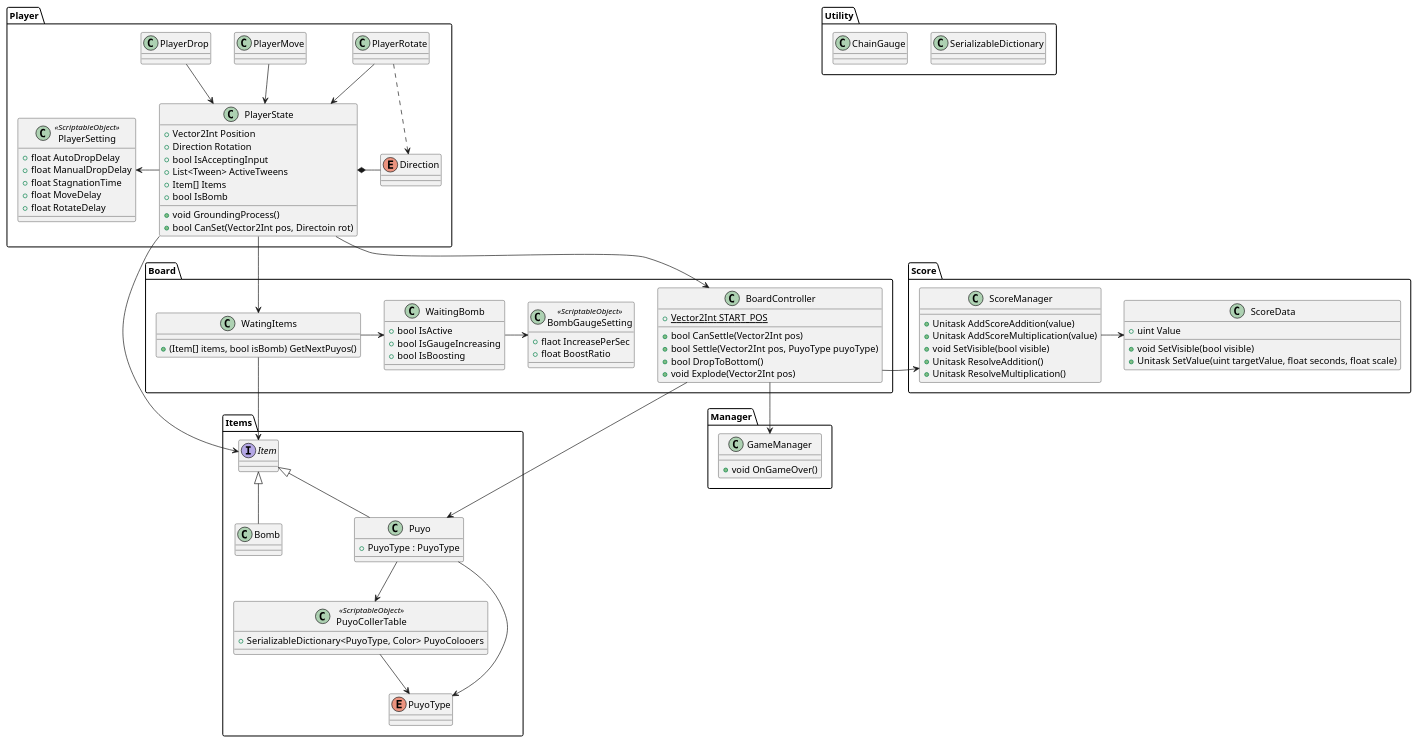
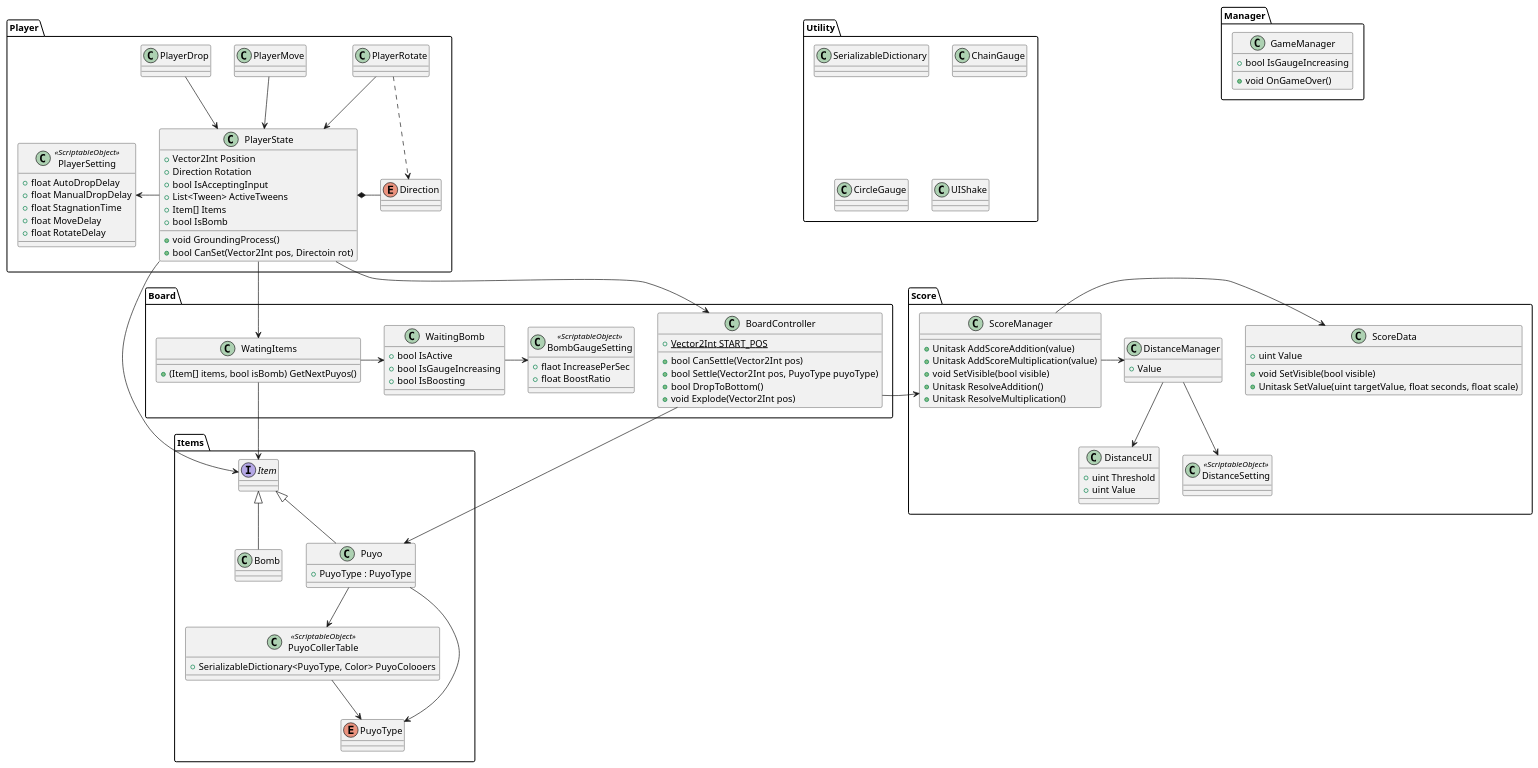
The diagram in puyopuyo.pu (snnn30/UniteBlocks), drawn with PlantUML before and after one commit. The commit also changed 20 other files, not shown here.

```diff
--- a/puyopuyo.pu
+++ b/puyopuyo.pu
@@ -1,120 +1,133 @@
 @startuml hoge
 
 namespace Player{
     class PlayerRotate
     class PlayerMove
     class PlayerDrop
     class PlayerState{
         +Vector2Int Position
         +Direction Rotation    
         +bool IsAcceptingInput
         +List<Tween> ActiveTweens
         +Item[] Items
         +bool IsBomb
         +void GroundingProcess()
         +bool CanSet(Vector2Int pos, Directoin rot)
     }
     enum Direction
     class PlayerSetting <<ScriptableObject>>{
         +float AutoDropDelay
         +float ManualDropDelay
         +float StagnationTime
         +float MoveDelay
         +float RotateDelay
     }
 
     PlayerDrop --> PlayerState
     PlayerRotate --> PlayerState
     PlayerMove --> PlayerState
     PlayerRotate ..> Direction
     PlayerState *- Direction
     PlayerSetting <- PlayerState
 }
 
 namespace Items{
     interface Item
     class Bomb
     class Puyo{
         +PuyoType : PuyoType
     }
     class PuyoCollerTable <<ScriptableObject>>{
         +SerializableDictionary<PuyoType, Color> PuyoColooers
     }
     enum PuyoType
 
     Item <|-- Puyo
     Item <|-- Bomb
     Puyo --> PuyoCollerTable
     Puyo --> PuyoType
     PuyoCollerTable --> PuyoType
 }
 
 namespace Utility{
     class SerializableDictionary
     class ChainGauge
+    class CircleGauge
+    class UIShake
 }
 
 namespace Manager{
     class GameManager{
+        +bool IsGaugeIncreasing
         +void OnGameOver()
     }
 }
 
 
 namespace Board{
     class WaitingBomb{
         +bool IsActive
         +bool IsGaugeIncreasing
         +bool IsBoosting
     }
 
     class WatingItems{
         +(Item[] items, bool isBomb) GetNextPuyos()
     }
 
     class BoardController{
         {static} +Vector2Int START_POS
         +bool CanSettle(Vector2Int pos) 
         +bool Settle(Vector2Int pos, PuyoType puyoType)
         +bool DropToBottom()
         +void Explode(Vector2Int pos)
     }
     class BombGaugeSetting<<ScriptableObject>>{
         +flaot IncreasePerSec
         +float BoostRatio
     }
 
     WaitingBomb <- WatingItems
     WaitingBomb -> BombGaugeSetting
 }
 
 namespace Score{
     class ScoreData{
         +uint Value
         +void SetVisible(bool visible)
         +Unitask SetValue(uint targetValue, float seconds, float scale)
     }
     class ScoreManager{
         +Unitask AddScoreAddition(value)
         +Unitask AddScoreMultiplication(value)
         +void SetVisible(bool visible)
         +Unitask ResolveAddition()
         +Unitask ResolveMultiplication()
     }
+    class DistanceUI{
+        +uint Threshold
+        +uint Value
+    }
+    class DistanceManager{
+        +Value
+    }
+    class DistanceSetting<<ScriptableObject>>
 
     ScoreManager -> ScoreData
+    ScoreManager -> DistanceManager
+    DistanceManager --> DistanceUI
+    DistanceManager --> DistanceSetting
 }
 
 
 
 
 PlayerState --> Item
 PlayerState --> BoardController
 PlayerState --> WatingItems
 
 WatingItems --> Item
 BoardController --> Puyo
-BoardController --> GameManager
 BoardController -> ScoreManager
 
 @enduml
```
